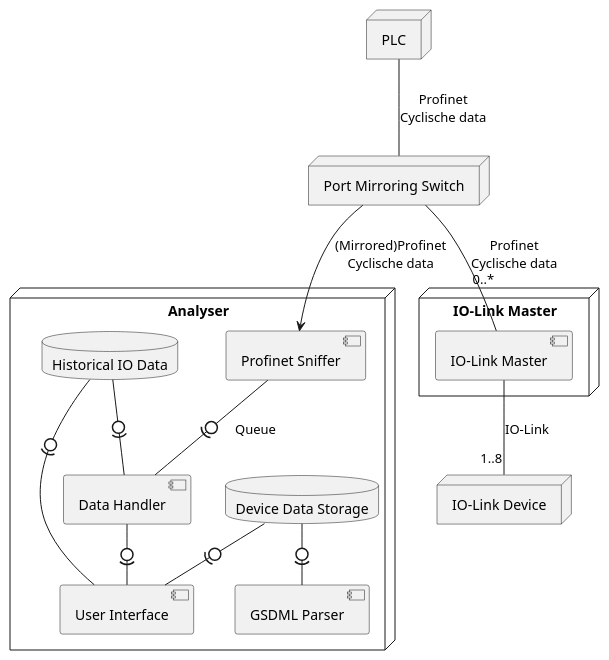
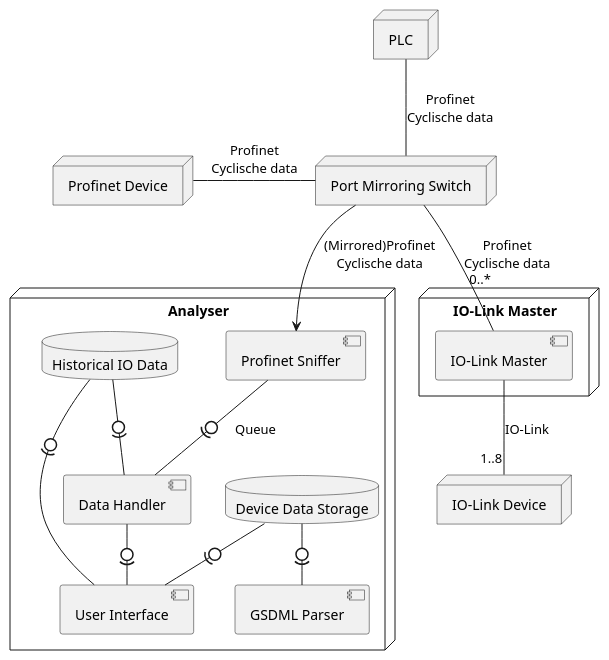
The diagram in docs/development/deployment.puml (FinnsterB/soda-factory-data-collection), drawn with PlantUML before and after one commit. The commit also changed 5 other files, not shown here.

Commit message:
Added deployment diagram to SDD

```diff
--- a/docs/development/deployment.puml
+++ b/docs/development/deployment.puml
@@ -1,35 +1,38 @@
 @startuml Deployment_diagram
 
 node "PLC" {
   
 }
 
 node "Port Mirroring Switch" as PM
+
+node "Profinet Device" as PD
 
 node "Analyser" {
     component "Profinet Sniffer" as PS
     component "Data Handler" as DH
     component "GSDML Parser" as GP
     component "User Interface" as UI
     database "Device Data Storage" as DB1
     database "Historical IO Data" as DB2
 }
 
 node "IO-Link Master" as IOlink {
   component "IO-Link Master" as IOM
 }
 node "IO-Link Device" as Device{
 }
 ' Connections
 PLC -- PM : Profinet\nCyclische data
 PM --"0..*\n\n" IOM : Profinet\nCyclische data
 PM --> PS : (Mirrored)Profinet\nCyclische data
 IOM --"1..8" Device : IO-Link
+PD- PM : Profinet\nCyclische data
 
 DB2 -0)- DH
 DB2 -0)- UI
 DB1 -0)- UI
 DB1 -0)- GP
 PS -0)- DH : Queue
 DH -0)- UI
 @enduml
```
